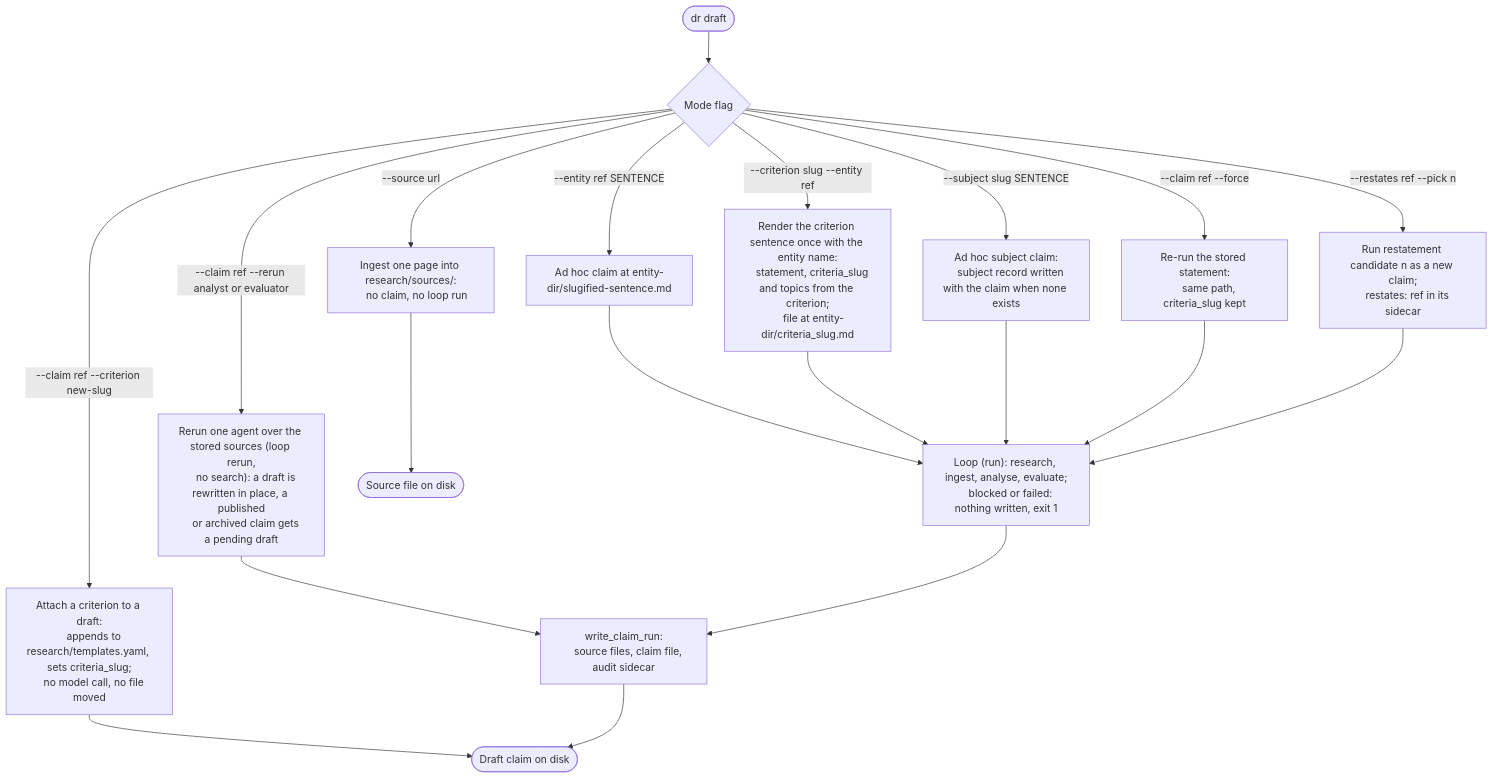
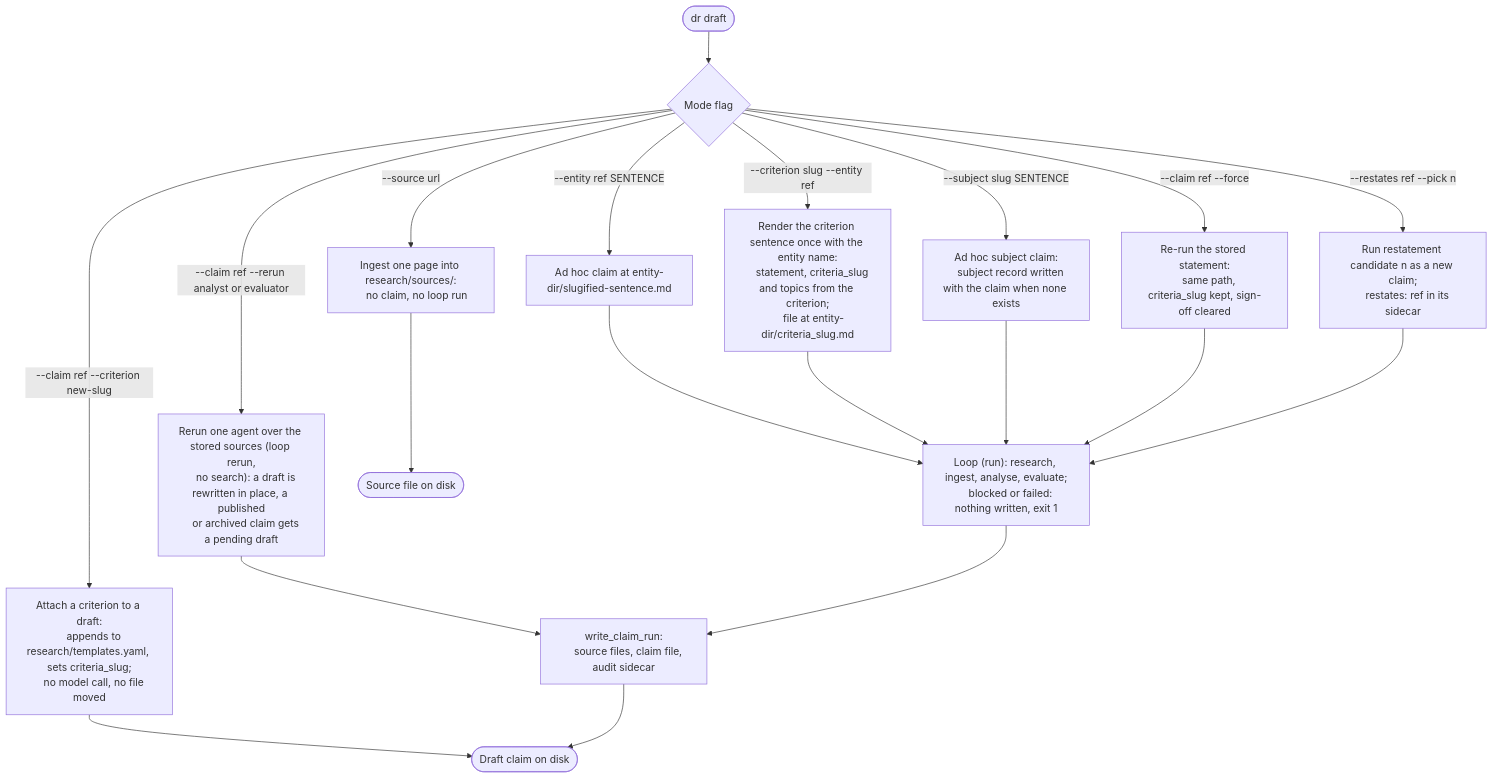
The fourth of 6 diagrams in docs/architecture/research-flow.md (dangerous-robot/site), drawn with Mermaid before and after one commit. The commit also changed other lines of this file and 4 other files, not shown here.

First line of the commit message:
fix(pipeline): a forced rewrite of a draft clears its sign-off

````diff
--- a/docs/architecture/research-flow.md
+++ b/docs/architecture/research-flow.md
@@ -132,35 +132,35 @@
 ```mermaid
 flowchart TD
     A([dr draft]) --> M{Mode flag}
     M -->|--entity ref SENTENCE| R1[Ad hoc claim at entity-dir/slugified-sentence.md]
     M -->|--criterion slug --entity ref| R2["Render the criterion sentence once with the entity name:
     statement, criteria_slug and topics from the criterion;
     file at entity-dir/criteria_slug.md"]
     M -->|--subject slug SENTENCE| R3["Ad hoc subject claim:
     subject record written with the claim when none exists"]
     M -->|--claim ref --force| R4["Re-run the stored statement:
-    same path, criteria_slug kept"]
+    same path, criteria_slug kept, sign-off cleared"]
     M -->|--claim ref --criterion new-slug| R5["Attach a criterion to a draft:
     appends to research/templates.yaml, sets criteria_slug;
     no model call, no file moved"]
     M -->|--restates ref --pick n| R6["Run restatement candidate n as a new claim;
     restates: ref in its sidecar"]
     M -->|--claim ref --rerun analyst or evaluator| R7["Rerun one agent over the stored sources (loop rerun,
     no search): a draft is rewritten in place, a published
     or archived claim gets a pending draft"]
     M -->|--source url| R8["Ingest one page into research/sources/:
     no claim, no loop run"]
     R1 --> LOOP
     R2 --> LOOP
     R3 --> LOOP
     R4 --> LOOP
     R6 --> LOOP
     R7 --> W
     LOOP["Loop (run): research, ingest, analyse, evaluate;
     blocked or failed: nothing written, exit 1"]
     LOOP --> W["write_claim_run:
     source files, claim file, audit sidecar"]
     R5 --> DONE([Draft claim on disk])
     R8 --> DONE2([Source file on disk])
     W --> DONE
 ```
````
